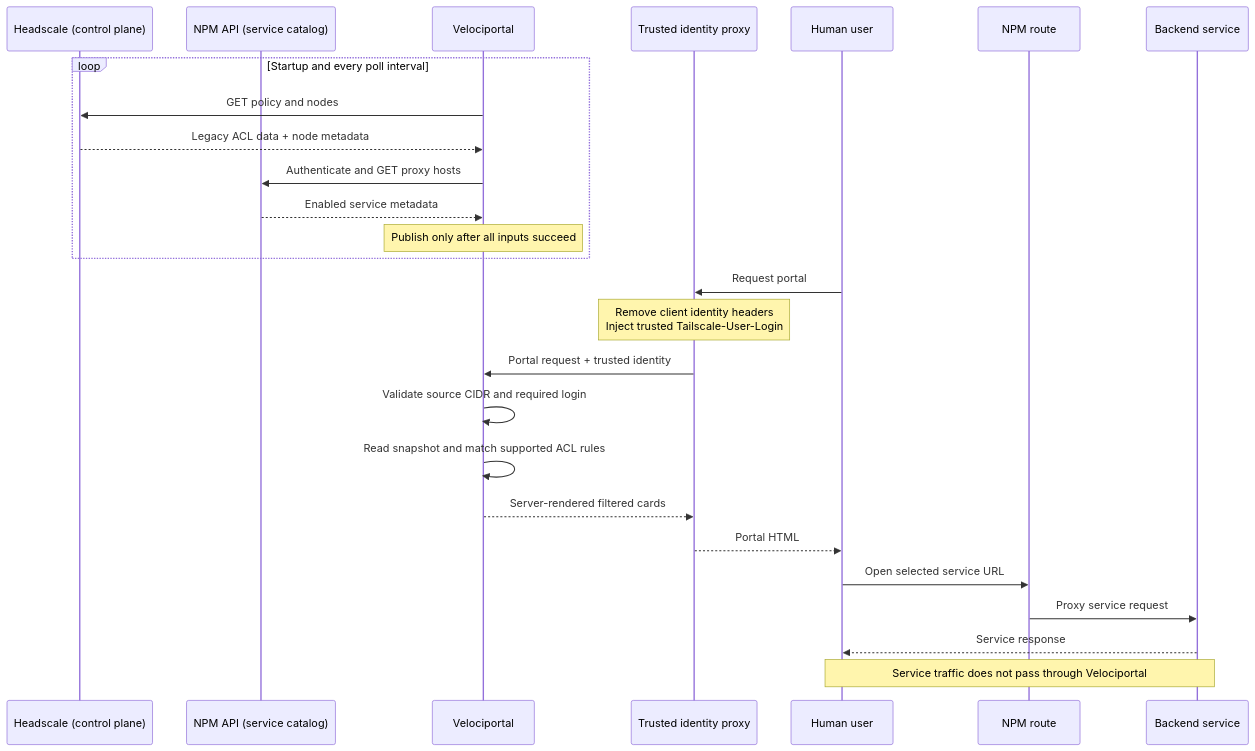
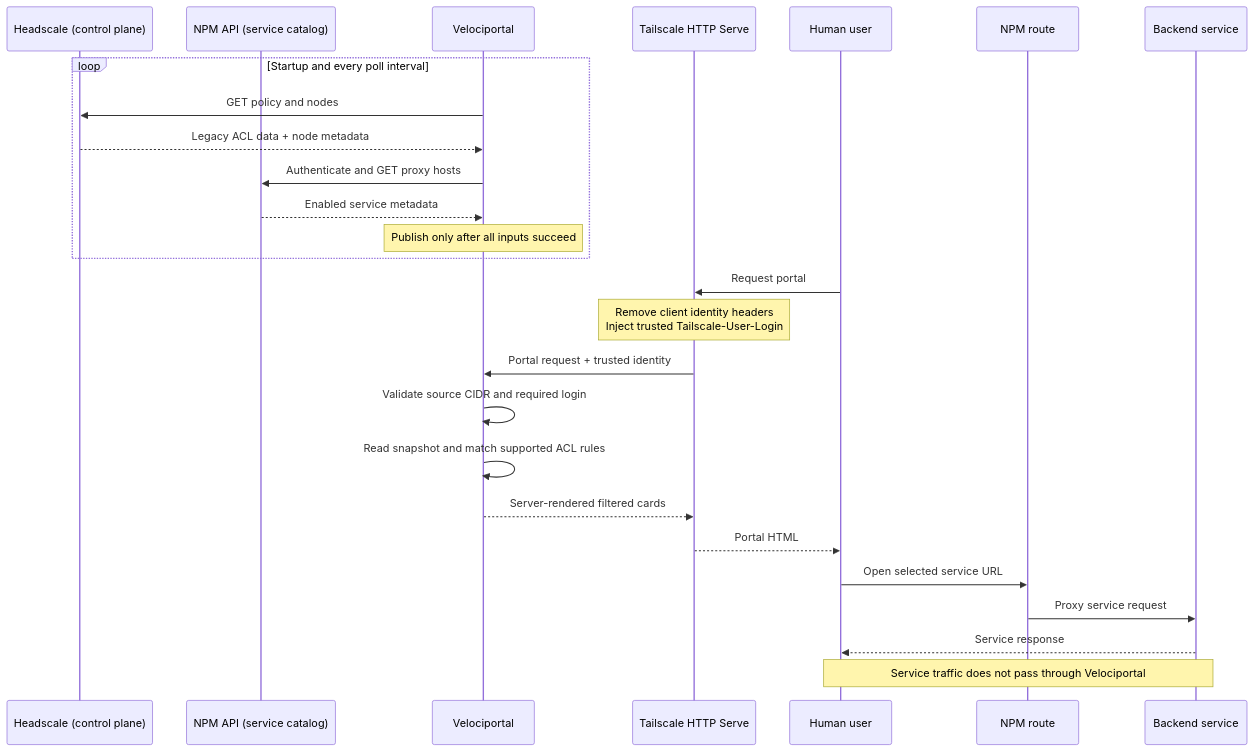
Before and after one commit to cybersader/velociportal: the second of 2 diagrams in docs/concept/how-it-works.md, drawn with Mermaid. The commit also changed other lines of this file and 51 other files, not shown here.

Commit message:
Implement tailnet-native private transport architecture

````diff
--- a/docs/concept/how-it-works.md
+++ b/docs/concept/how-it-works.md
@@ -37,34 +37,34 @@
 ```mermaid
 sequenceDiagram
     accTitle: Identity, control-plane, and service request sequence
-    accDescr: A background poll builds the complete snapshot from Headscale and NPM. A human requests the portal through a trusted identity proxy, which sanitizes and injects Tailscale user headers. Velociportal checks the proxy source, reads the snapshot, matches supported ACL rules, and returns filtered cards. When the human selects a card, service traffic goes through NPM to the backend without passing through Velociportal.
+    accDescr: A background poll builds the complete snapshot from Headscale and NPM. A human requests the portal through Tailscale HTTP Serve over the encrypted tailnet. Serve sanitizes and injects Tailscale user headers. Velociportal checks the source, reads the snapshot, matches supported ACL rules, and returns filtered cards. When the human selects a card, service traffic goes through NPM to the backend without passing through Velociportal.
 
     participant HS as Headscale (control plane)
     participant Catalog as NPM API (service catalog)
     participant VP as Velociportal
-    participant Proxy as Trusted identity proxy
+    participant Proxy as Tailscale HTTP Serve
     participant User as Human user
     participant Route as NPM route
     participant App as Backend service
 
     loop Startup and every poll interval
         VP->>HS: GET policy and nodes
         HS-->>VP: Legacy ACL data + node metadata
         VP->>Catalog: Authenticate and GET proxy hosts
         Catalog-->>VP: Enabled service metadata
         Note over VP: Publish only after all inputs succeed
     end
 
     User->>Proxy: Request portal
     Note over Proxy: Remove client identity headers<br/>Inject trusted Tailscale-User-Login
     Proxy->>VP: Portal request + trusted identity
     VP->>VP: Validate source CIDR and required login
     VP->>VP: Read snapshot and match supported ACL rules
     VP-->>Proxy: Server-rendered filtered cards
     Proxy-->>User: Portal HTML
 
     User->>Route: Open selected service URL
     Route->>App: Proxy service request
     App-->>User: Service response
     Note over User,App: Service traffic does not pass through Velociportal
 ```
````
